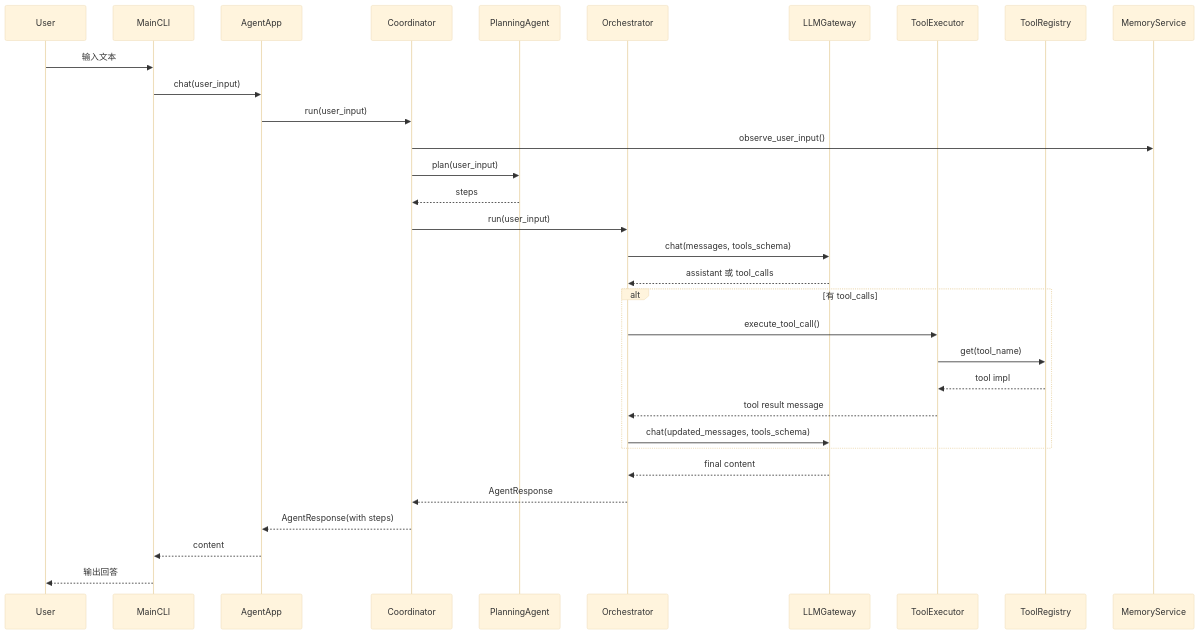
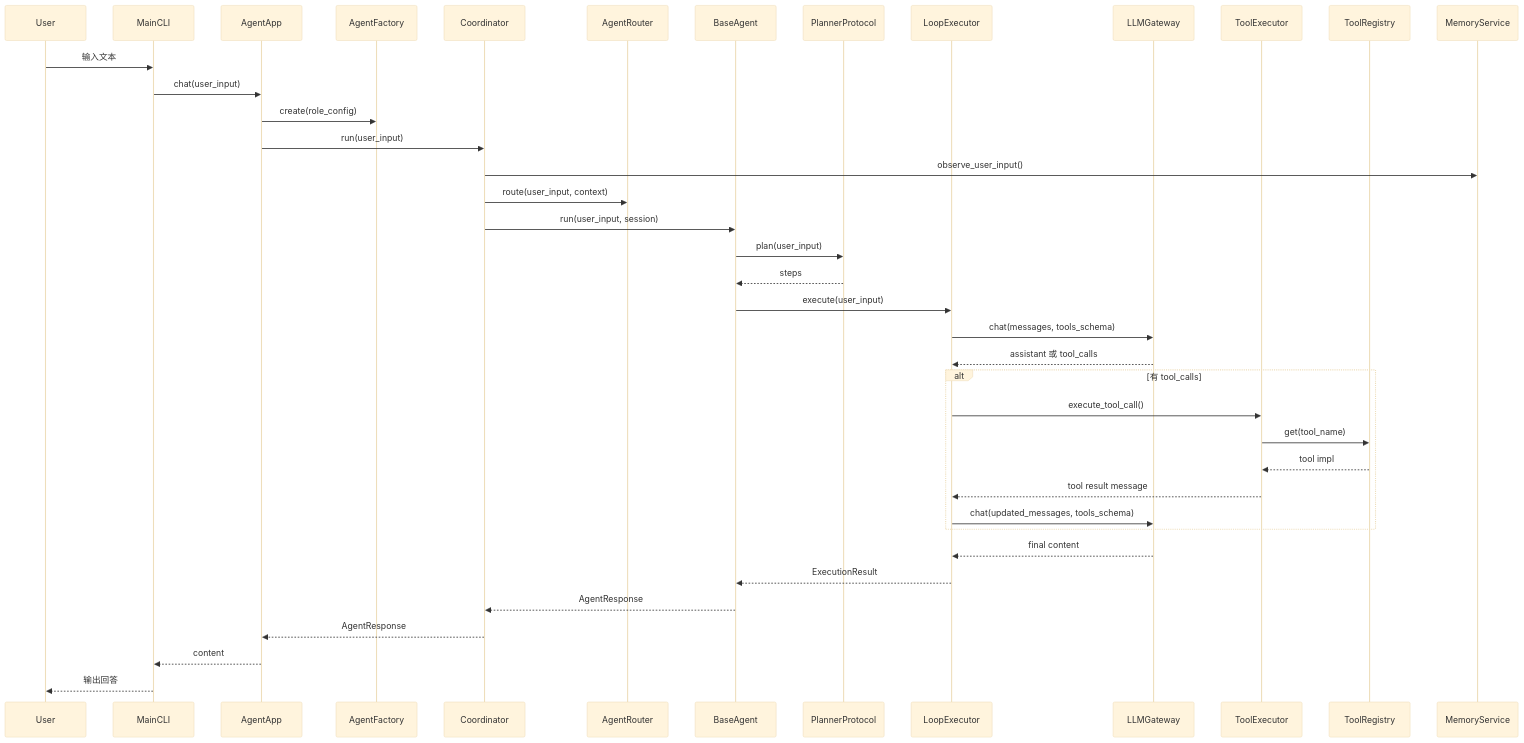
One commit to breakman99/Jarvis changed the second of 2 diagrams in docs/ARCHITECTURE.md. Above: the diagram before and after it, drawn with Mermaid (base theme). The commit also changed other lines of this file and 17 other files, not shown here.

````diff
--- a/docs/ARCHITECTURE.md
+++ b/docs/ARCHITECTURE.md
@@ -69,35 +74,42 @@
 ```mermaid
 sequenceDiagram
     participant U as User
     participant M as MainCLI
     participant A as AgentApp
+    participant F as AgentFactory
     participant C as Coordinator
-    participant P as PlanningAgent
-    participant O as Orchestrator
+    participant AR as AgentRouter
+    participant G as BaseAgent
+    participant P as PlannerProtocol
+    participant O as LoopExecutor
     participant L as LLMGateway
     participant E as ToolExecutor
-    participant R as ToolRegistry
+    participant TR as ToolRegistry
     participant S as MemoryService
 
     U->>M: 输入文本
     M->>A: chat(user_input)
+    A->>F: create(role_config)
     A->>C: run(user_input)
     C->>S: observe_user_input()
-    C->>P: plan(user_input)
-    P-->>C: steps
-    C->>O: run(user_input)
+    C->>AR: route(user_input, context)
+    C->>G: run(user_input, session)
+    G->>P: plan(user_input)
+    P-->>G: steps
+    G->>O: execute(user_input)
     O->>L: chat(messages, tools_schema)
     L-->>O: assistant 或 tool_calls
     alt 有 tool_calls
         O->>E: execute_tool_call()
-        E->>R: get(tool_name)
-        R-->>E: tool impl
+        E->>TR: get(tool_name)
+        TR-->>E: tool impl
         E-->>O: tool result message
         O->>L: chat(updated_messages, tools_schema)
     end
     L-->>O: final content
-    O-->>C: AgentResponse
-    C-->>A: AgentResponse(with steps)
+    O-->>G: ExecutionResult
+    G-->>C: AgentResponse
+    C-->>A: AgentResponse
     A-->>M: content
     M-->>U: 输出回答
 ```
````
